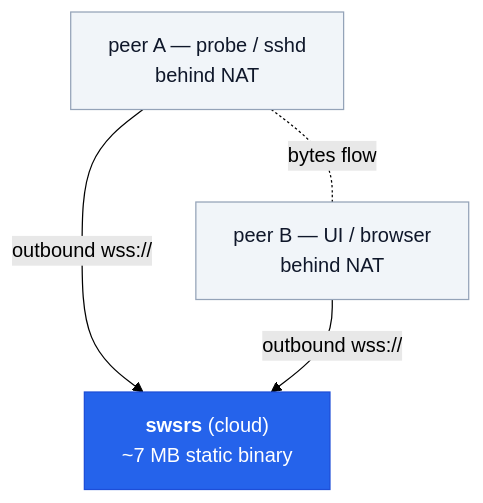
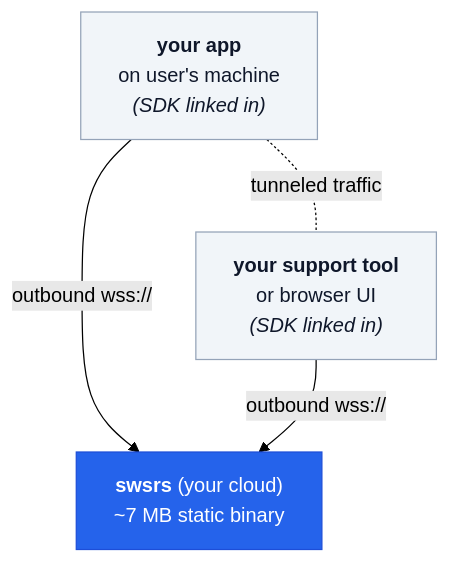
The first of 2 diagrams in docs/index.md (emdzej/swsrs), drawn with Mermaid (forest theme) before and after one commit. The commit also changed other lines of this file and 1 other file, not shown here.

````diff
--- a/docs/index.md
+++ b/docs/index.md
@@ -48,14 +54,14 @@
 ```mermaid
 flowchart TB
-    relay["<b>swsrs</b> (cloud)<br/>~7 MB static binary"]
-    peerA["peer A — probe / sshd<br/>behind NAT"]
-    peerB["peer B — UI / browser<br/>behind NAT"]
+    relay["<b>swsrs</b> (your cloud)<br/>~7 MB static binary"]
+    peerA["<b>your app</b><br/>on user's machine<br/><i>(SDK linked in)</i>"]
+    peerB["<b>your support tool</b><br/>or browser UI<br/><i>(SDK linked in)</i>"]
     peerA -- outbound wss:// --> relay
     peerB -- outbound wss:// --> relay
-    peerA -. bytes flow .- peerB
+    peerA -. tunneled traffic .- peerB
 
     classDef cloud fill:#2563eb,stroke:#1d4ed8,color:#fff
     classDef peer  fill:#f1f5f9,stroke:#94a3b8,color:#0f172a
     class relay cloud
     class peerA,peerB peer
 ```
````
